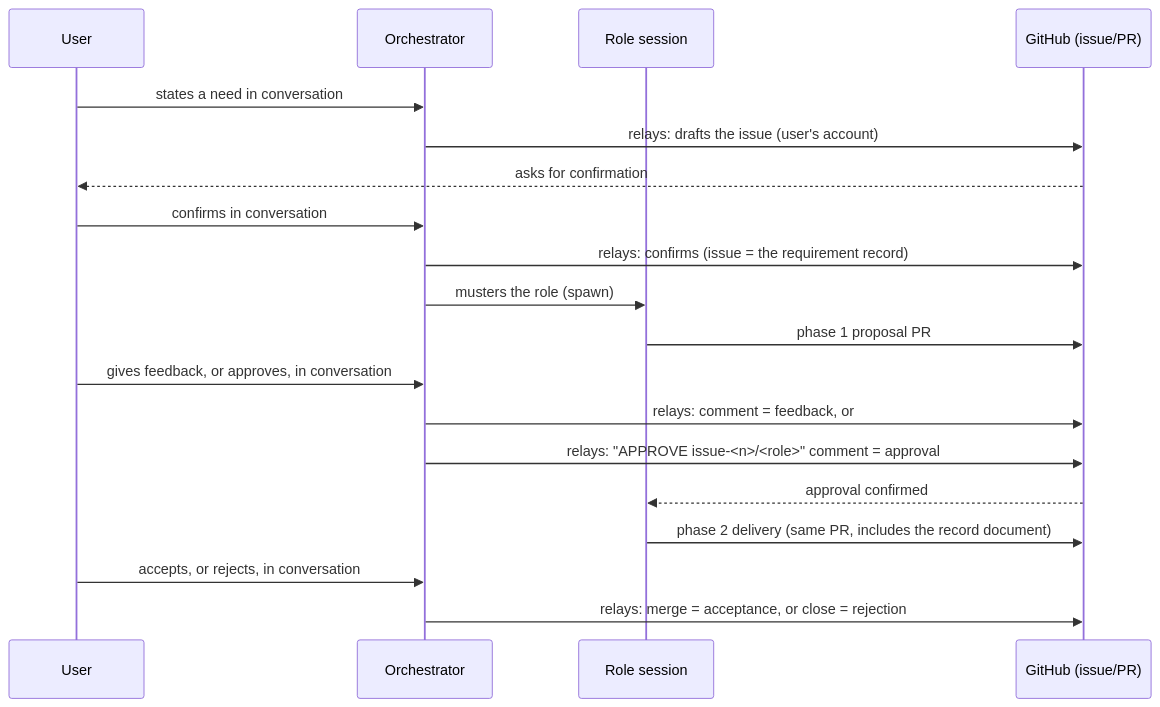
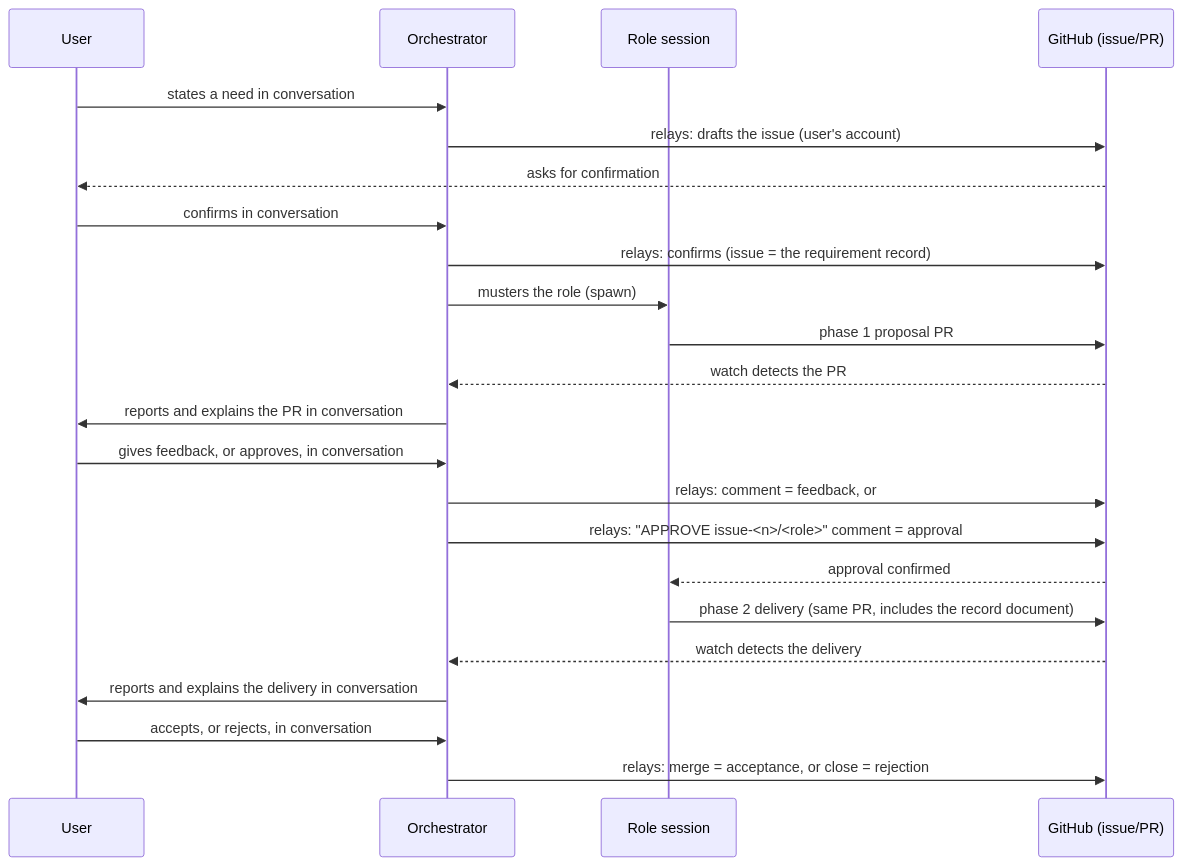
Before and after one commit to tokenmaxxxer/muster: the first of 2 diagrams in README.md, drawn with Mermaid. The commit also changed other lines of this file and 2 other files, not shown here.

Commit message:
issue-241: add orchestrator watch/report path to user-loop diagram
Subject: issue-241

Follow-up correction 3: the sequence diagram showed the role posting a
PR with no step for how the user learns about it. Add
G-->>O (watch detects PR) -> O->>U (reports in conversation) around
both phase 1 and phase 2, one dry-tone prose sentence, ko/en synced.

````diff
--- a/README.md
+++ b/README.md
@@ -44,22 +46,26 @@
 ```mermaid
 sequenceDiagram
     participant U as User
     participant O as Orchestrator
     participant R as Role session
     participant G as GitHub (issue/PR)
 
     U->>O: states a need in conversation
     O->>G: relays: drafts the issue (user's account)
     G-->>U: asks for confirmation
     U->>O: confirms in conversation
     O->>G: relays: confirms (issue = the requirement record)
     O->>R: musters the role (spawn)
     R->>G: phase 1 proposal PR
+    G-->>O: watch detects the PR
+    O->>U: reports and explains the PR in conversation
     U->>O: gives feedback, or approves, in conversation
     O->>G: relays: comment = feedback, or
     O->>G: relays: "APPROVE issue-<n>/<role>" comment = approval
     G-->>R: approval confirmed
     R->>G: phase 2 delivery (same PR, includes the record document)
+    G-->>O: watch detects the delivery
+    O->>U: reports and explains the delivery in conversation
     U->>O: accepts, or rejects, in conversation
     O->>G: relays: merge = acceptance, or close = rejection
 ```
````
